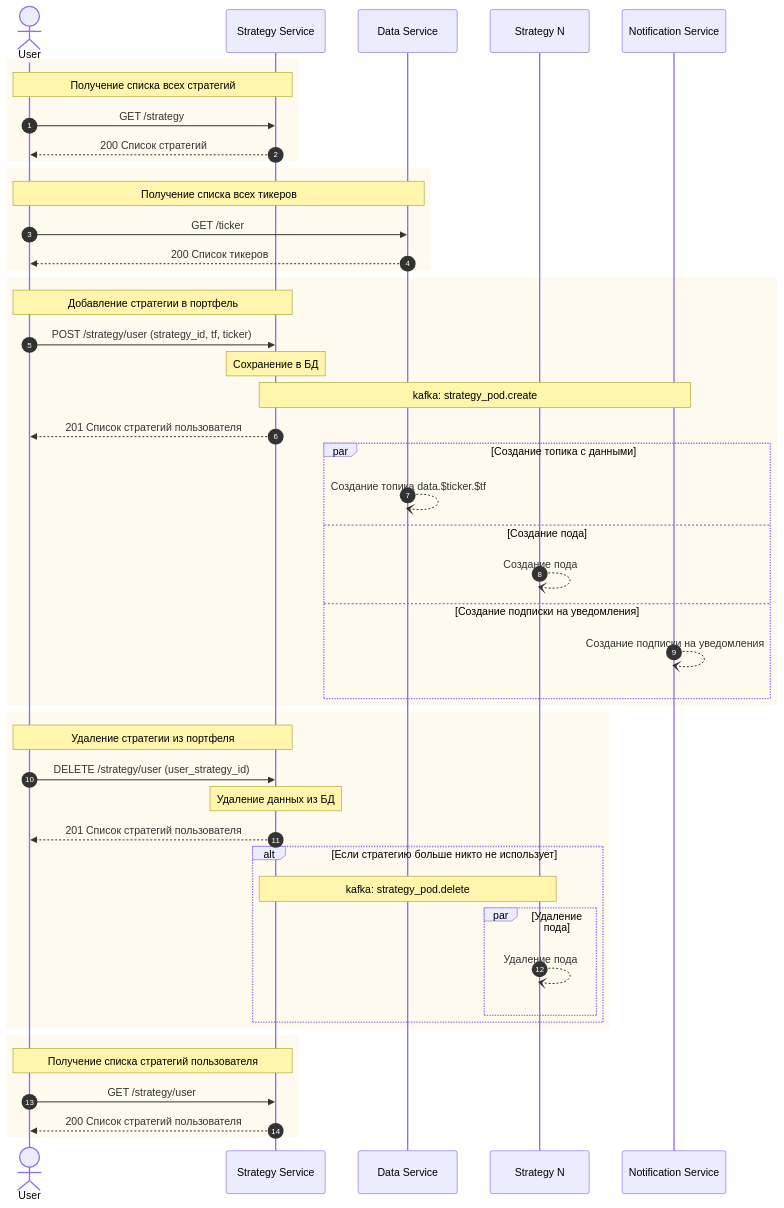
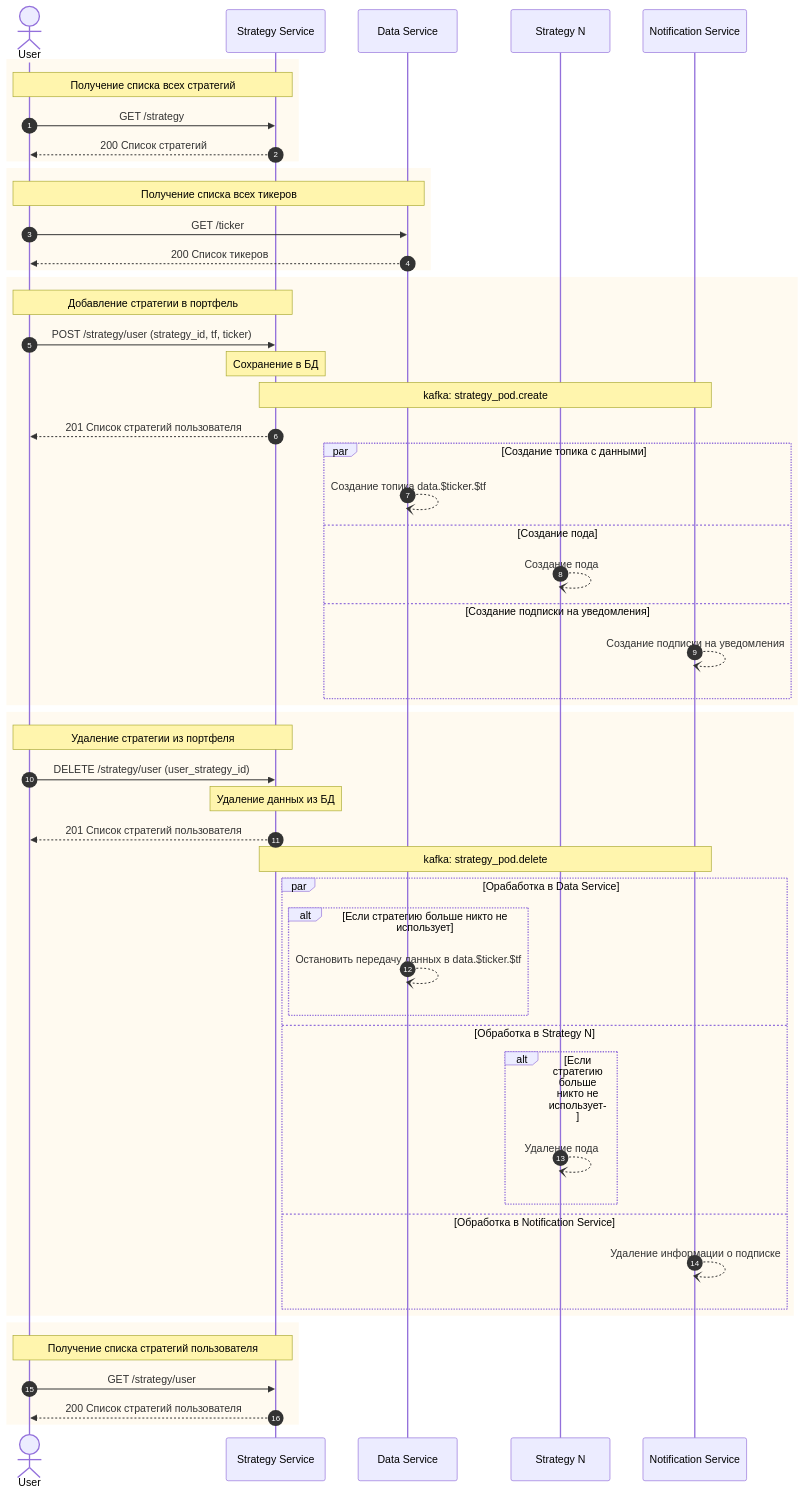
The diagram in docs/sequence-strategy.mermaid (cianoid/otus-msa), drawn with Mermaid before and after one commit.

```diff
--- a/docs/sequence-strategy.mermaid
+++ b/docs/sequence-strategy.mermaid
@@ -1,58 +1,65 @@
 sequenceDiagram
     autonumber
     actor User
     participant StrategyApp as Strategy Service
     participant data as Data Service
     participant pod1 as Strategy N
     participant notify as Notification Service
 
     rect rgb(255, 250, 240)
         Note over User, StrategyApp: Получение списка всех стратегий
 
         User->>StrategyApp: GET /strategy
         StrategyApp-->>User: 200 Список стратегий
     end
 
     rect rgb(255, 250, 240)
         Note over User, data: Получение списка всех тикеров
 
         User->>data: GET /ticker
         data-->>User: 200 Список тикеров
     end
 
     rect rgb(255, 250, 240)
         Note over User, StrategyApp: Добавление стратегии в портфель
 
         User->>StrategyApp: POST /strategy/user (strategy_id, tf, ticker)
         Note over StrategyApp: Сохранение в БД
         Note over StrategyApp, notify: kafka: strategy_pod.create
         StrategyApp-->>User: 201 Список стратегий пользователя
         par Создание топика с данными
             data--)data: Создание топика data.$ticker.$tf
         and Создание пода
             pod1--)pod1: Создание пода
         and Создание подписки на уведомления
             notify--)notify: Создание подписки на уведомления
         end
     end
 
     rect rgb(255, 250, 240)
         Note over User, StrategyApp: Удаление стратегии из портфеля
 
         User->>StrategyApp: DELETE /strategy/user (user_strategy_id)
         Note over StrategyApp: Удаление данных из БД
         StrategyApp-->>User: 201 Список стратегий пользователя
-        alt Если стратегию больше никто не использует
-            Note over StrategyApp, pod1: kafka: strategy_pod.delete
-            par Удаление пода
+
+        Note over StrategyApp, notify: kafka: strategy_pod.delete
+        par Орабаботка в Data Service
+            alt Если стратегию больше никто не использует
+                data--)data: Остановить передачу данных в data.$ticker.$tf
+            end
+        and Обработка в Strategy N
+            alt Если стратегию больше никто не использует
                 pod1--)pod1: Удаление пода
             end
+        and Обработка в Notification Service
+            notify--)notify: Удаление информации о подписке
         end
     end
 
     rect rgb(255, 250, 240)
         Note over User, StrategyApp: Получение списка стратегий пользователя
 
         User->>StrategyApp: GET /strategy/user
         StrategyApp-->>User: 200 Список стратегий пользователя
     end
```
